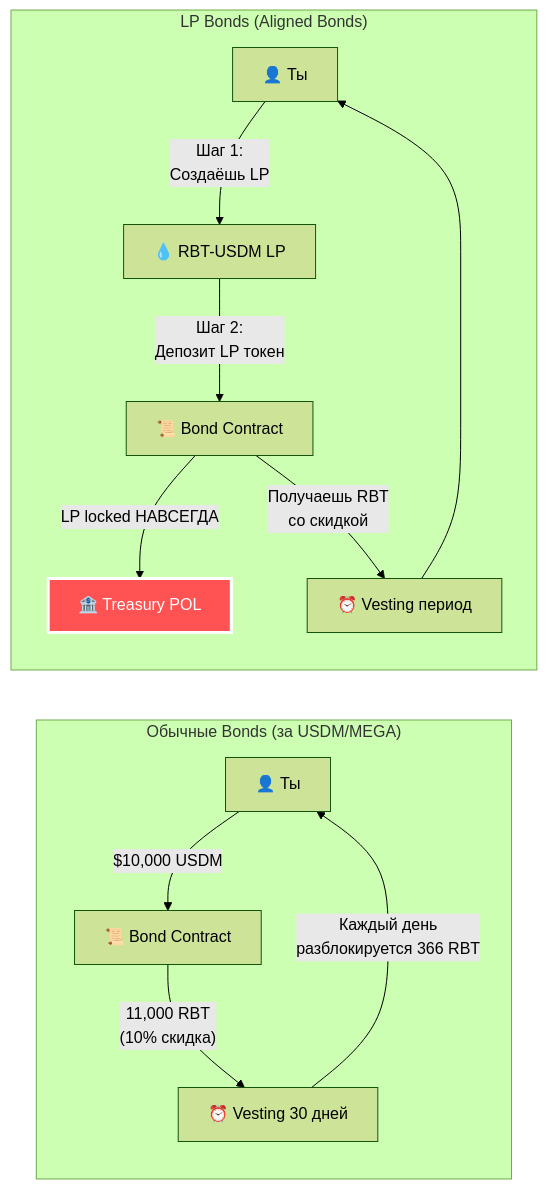
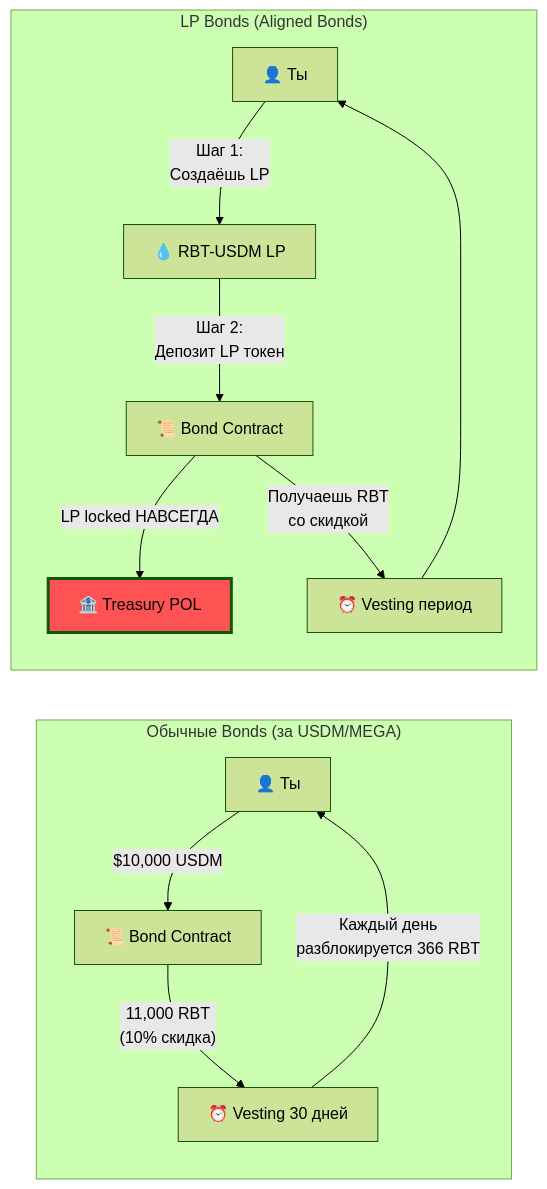
Before and after one commit to 0xJaehaerys/ohmega: the fourth of 5 diagrams in blackhaven-simple-mechanics.md, drawn with Mermaid (forest theme). The commit also changed other lines of this file and 6 other files, not shown here.

First line of the commit message:
Remove white color from all diagrams

````diff
--- a/blackhaven-simple-mechanics.md
+++ b/blackhaven-simple-mechanics.md
@@ -165,18 +165,18 @@
 ```mermaid
 graph LR
     subgraph "Обычные Bonds (за USDM/MEGA)"
         USER1["👤 Ты"] -->|"$10,000 USDM"| BOND1["📜 Bond Contract"]
         BOND1 -->|"11,000 RBT<br/>(10% скидка)"| VESTING1["⏰ Vesting 30 дней"]
         VESTING1 -->|"Каждый день<br/>разблокируется 366 RBT"| USER1
     end
     
     subgraph "LP Bonds (Aligned Bonds)"
         USER2["👤 Ты"] -->|"Шаг 1:<br/>Создаёшь LP"| LP["💧 RBT-USDM LP"]
         LP -->|"Шаг 2:<br/>Депозит LP токен"| BOND2["📜 Bond Contract"]
         BOND2 -->|"LP locked НАВСЕГДА"| TREASURY["🏦 Treasury POL"]
         BOND2 -->|"Получаешь RBT<br/>со скидкой"| VESTING2["⏰ Vesting период"]
         VESTING2 --> USER2
     end
     
-    style TREASURY fill:#FF5252,stroke:#fff,stroke-width:3px,color:#fff
+    style TREASURY fill:#FF5252,stroke-width:3px
 ```
````
